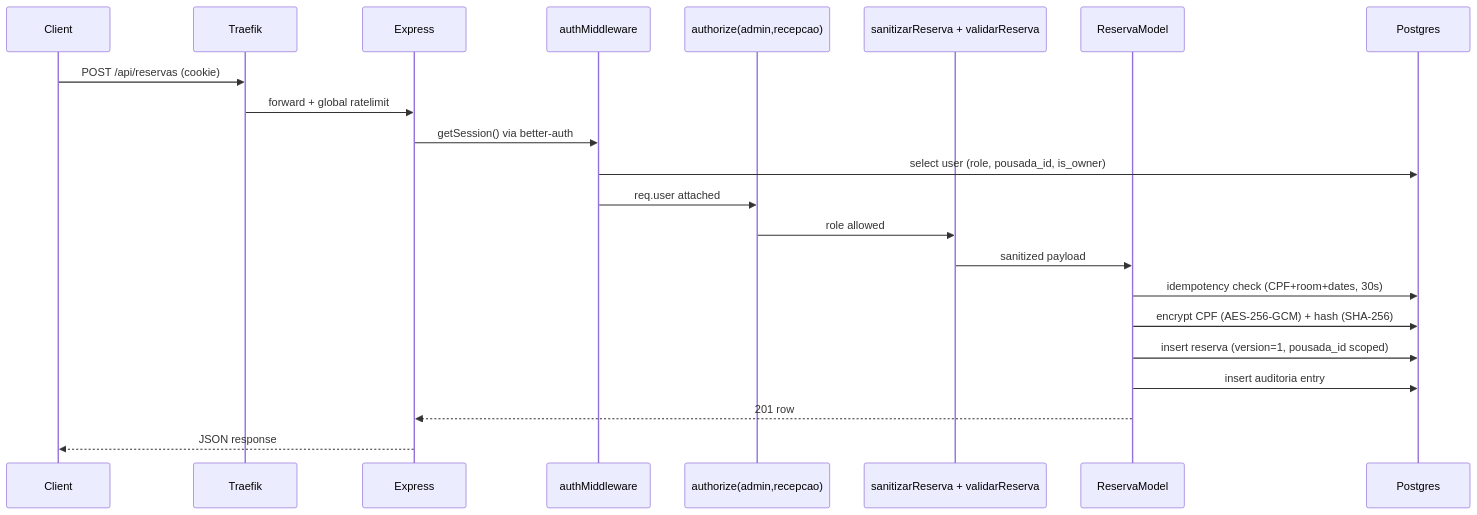
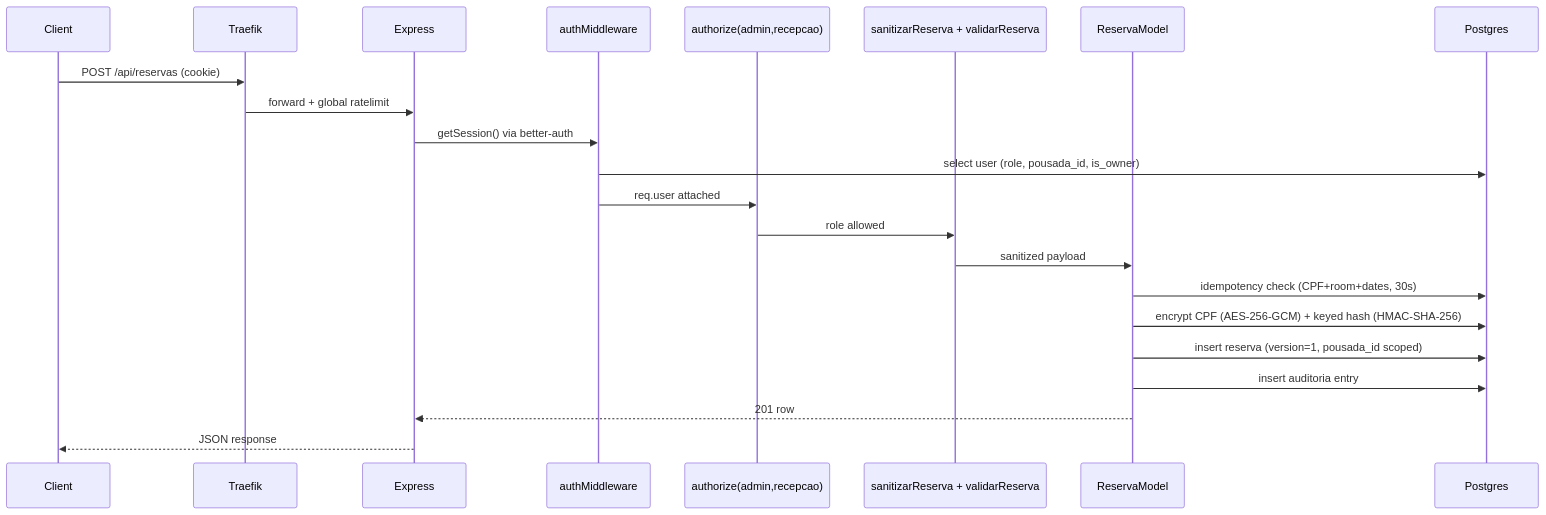
Before and after one commit to DevPedroGomes/Reservas_Pousada: the second of 3 diagrams in README.md, drawn with Mermaid. The commit also changed other lines of this file and 1 other file, not shown here.

````diff
--- a/README.md
+++ b/README.md
@@ -82,25 +82,25 @@
 ```mermaid
 sequenceDiagram
     participant C as Client
     participant T as Traefik
     participant API as Express
     participant A as authMiddleware
     participant Z as authorize(admin,recepcao)
     participant V as sanitizarReserva + validarReserva
     participant M as ReservaModel
     participant DB as Postgres
 
     C->>T: POST /api/reservas (cookie)
     T->>API: forward + global ratelimit
     API->>A: getSession() via better-auth
     A->>DB: select user (role, pousada_id, is_owner)
     A->>Z: req.user attached
     Z->>V: role allowed
     V->>M: sanitized payload
     M->>DB: idempotency check (CPF+room+dates, 30s)
-    M->>DB: encrypt CPF (AES-256-GCM) + hash (SHA-256)
+    M->>DB: encrypt CPF (AES-256-GCM) + keyed hash (HMAC-SHA-256)
     M->>DB: insert reserva (version=1, pousada_id scoped)
     M->>DB: insert auditoria entry
     M-->>API: 201 row
     API-->>C: JSON response
 ```
````
